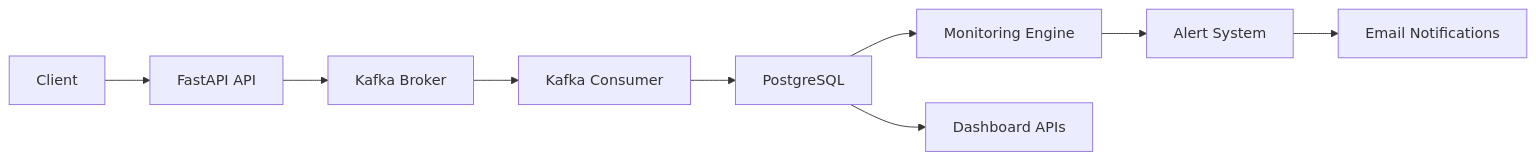
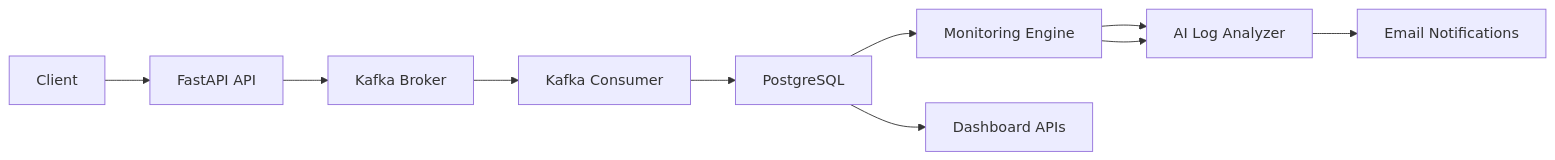
Before and after one commit to chetan-0007/LogSentinel: the diagram in README.md, drawn with Mermaid. The commit also changed other lines of this file and 3 other files, not shown here.

````diff
--- a/README.md
+++ b/README.md
@@ -27,13 +30,14 @@
 ```mermaid
 flowchart LR
     A[Client] --> B[FastAPI API]
     B --> C[Kafka Broker]
     C --> D[Kafka Consumer]
     D --> E[PostgreSQL]
 
     E --> F[Monitoring Engine]
     F --> G[Alert System]
+    F --> G[AI Log Analyzer]
     G --> H[Email Notifications]
 
     E --> I[Dashboard APIs]
 ```
````
